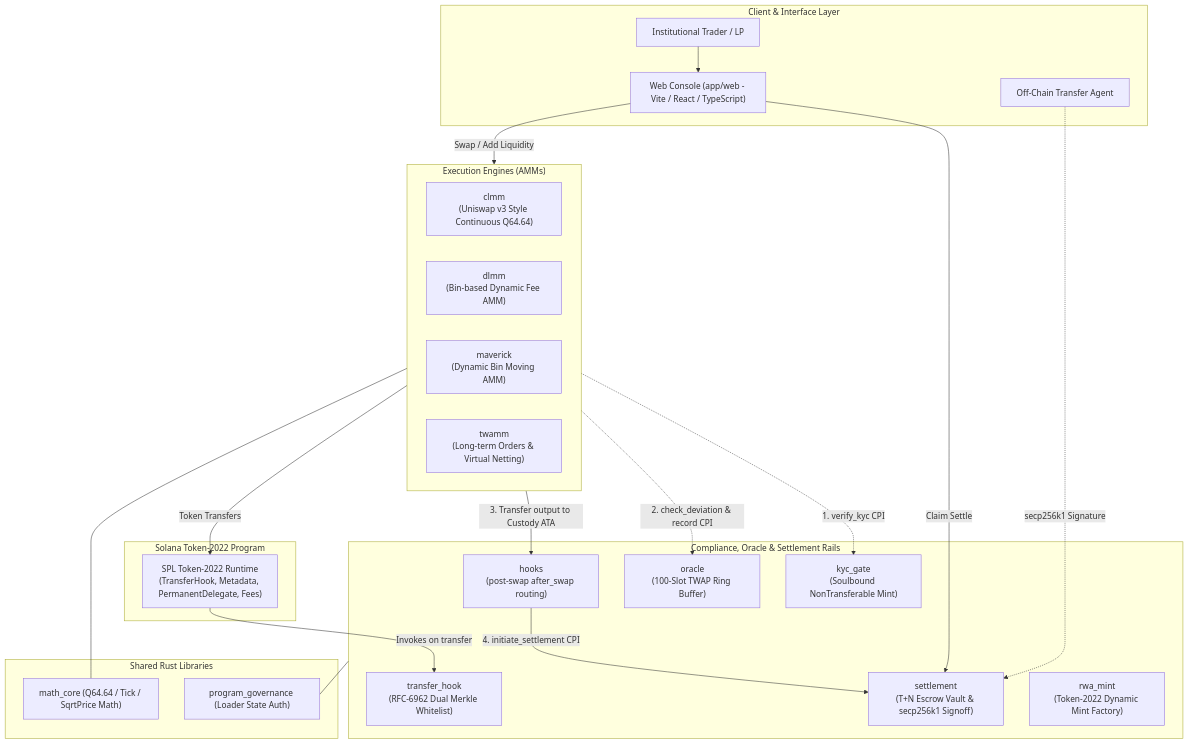
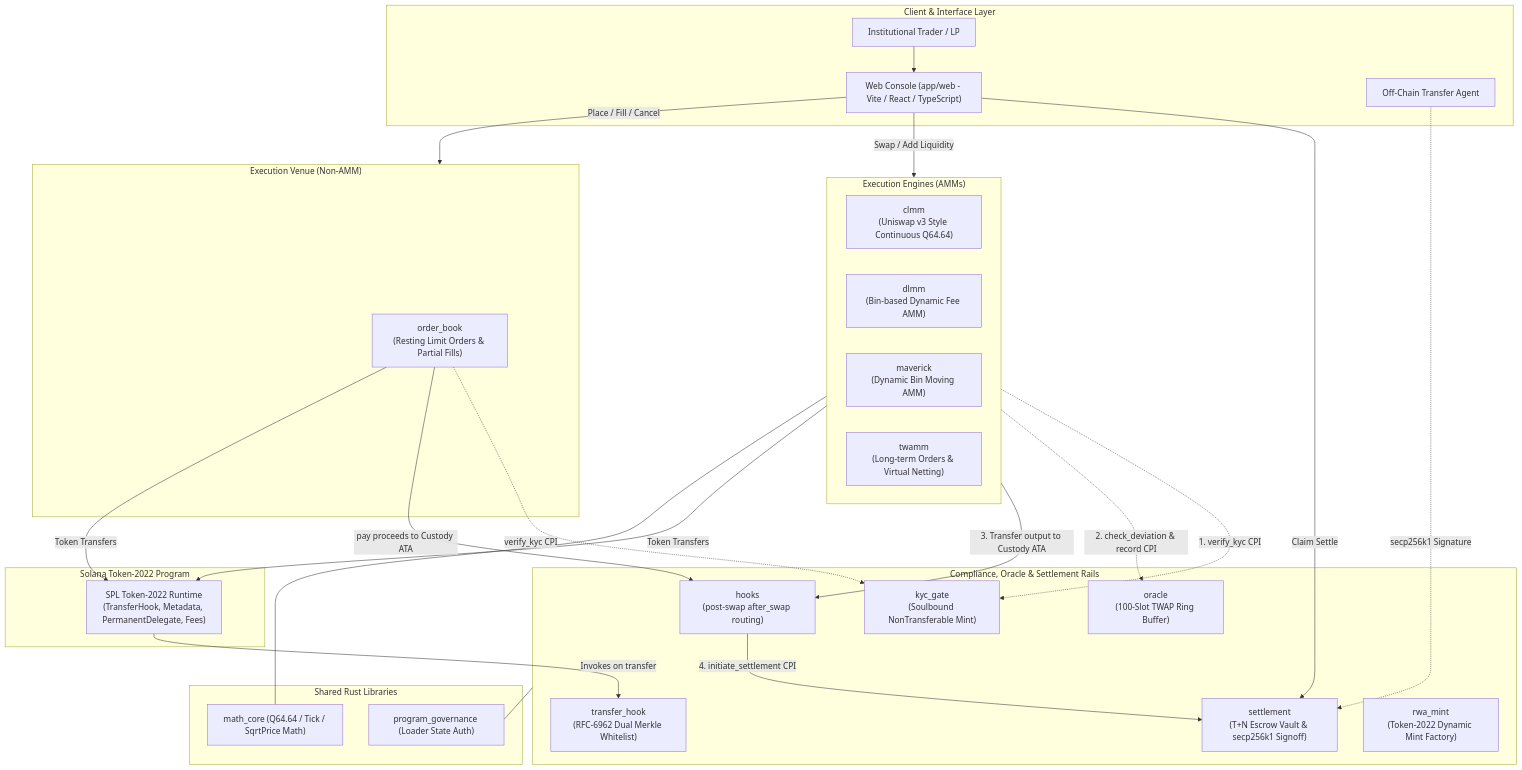
Before and after one commit to saqibhafeezkhan/solana-rwa-dex: the first of 3 diagrams in docs/architecture.md, drawn with Mermaid. The commit also changed other lines of this file and 40 other files, not shown here.

Commit message:
feat(RWA-16): added order book and update docs

````diff
--- a/docs/architecture.md
+++ b/docs/architecture.md
@@ -51,49 +52,58 @@
 ```mermaid
 flowchart TD
     subgraph ClientLayer ["Client & Interface Layer"]
         User["Institutional Trader / LP"]
         Console["Web Console (app/web - Vite / React / TypeScript)"]
         TA["Off-Chain Transfer Agent"]
     end
 
     subgraph CoreRails ["Compliance, Oracle & Settlement Rails"]
         KYC["kyc_gate<br/>(Soulbound NonTransferable Mint)"]
         THook["transfer_hook<br/>(RFC-6962 Dual Merkle Whitelist)"]
         OracleProg["oracle<br/>(100-Slot TWAP Ring Buffer)"]
         HooksProg["hooks<br/>(post-swap after_swap routing)"]
         SettleProg["settlement<br/>(T+N Escrow Vault & secp256k1 Signoff)"]
         MintProg["rwa_mint<br/>(Token-2022 Dynamic Mint Factory)"]
     end
 
     subgraph AMMEngines ["Execution Engines (AMMs)"]
         CLMM["clmm<br/>(Uniswap v3 Style Continuous Q64.64)"]
         DLMM["dlmm<br/>(Bin-based Dynamic Fee AMM)"]
         MAV["maverick<br/>(Dynamic Bin Moving AMM)"]
         TWAMM["twamm<br/>(Long-term Orders & Virtual Netting)"]
     end
 
+    subgraph BookVenue ["Execution Venue (Non-AMM)"]
+        OB["order_book<br/>(Resting Limit Orders & Partial Fills)"]
+    end
+
     subgraph SharedLibs ["Shared Rust Libraries"]
         MathCore["math_core (Q64.64 / Tick / SqrtPrice Math)"]
         GovLib["program_governance (Loader State Auth)"]
     end
 
     subgraph SolanaRuntime ["Solana Token-2022 Program"]
         SplToken["SPL Token-2022 Runtime<br/>(TransferHook, Metadata, PermanentDelegate, Fees)"]
     end
 
     User --> Console
     Console -->|Swap / Add Liquidity| AMMEngines
+    Console -->|Place / Fill / Cancel| BookVenue
     Console -->|Claim Settle| SettleProg
     TA -.->|secp256k1 Signature| SettleProg
 
     AMMEngines -.->|1. verify_kyc CPI| KYC
     AMMEngines -.->|2. check_deviation & record CPI| OracleProg
     AMMEngines -->|3. Transfer output to Custody ATA| HooksProg
     HooksProg -->|4. initiate_settlement CPI| SettleProg
 
+    OB -.->|verify_kyc CPI| KYC
+    OB -->|pay proceeds to Custody ATA| HooksProg
+
     AMMEngines -->|Token Transfers| SplToken
+    OB -->|Token Transfers| SplToken
     SplToken -->|Invokes on transfer| THook
 
     AMMEngines --- MathCore
     CoreRails --- GovLib
 ```
````
